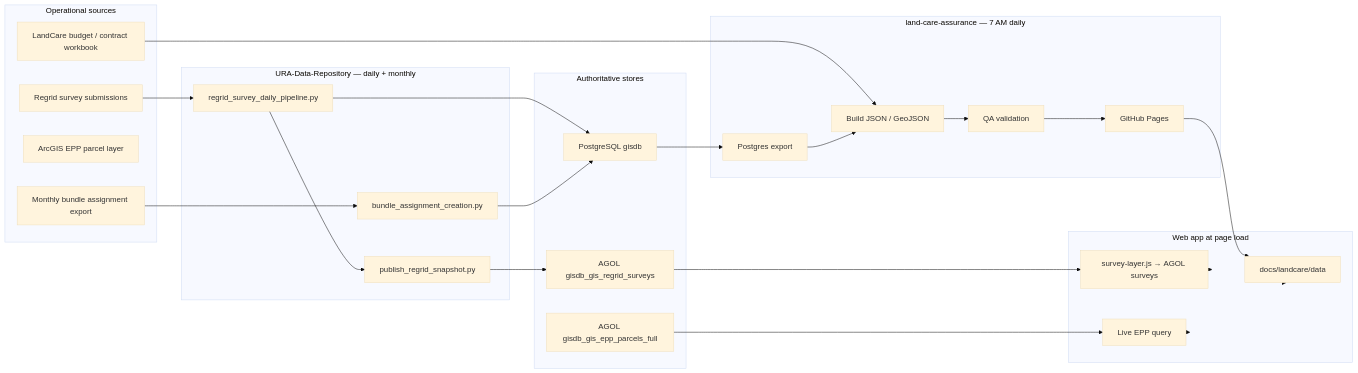
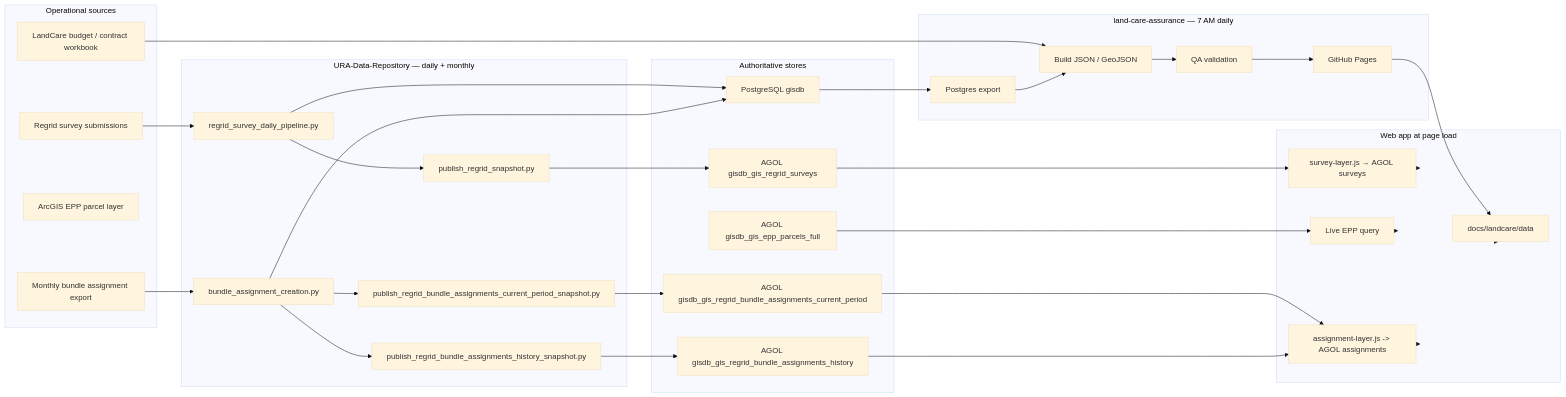
Before and after one commit to rutomo-ura/land-care-assurance: the first of 4 diagrams in docs/landcare-data-engineering-flow.md, drawn with Mermaid (base theme). The commit also changed other lines of this file and 12 other files, not shown here.

Commit message:
Use live ArcGIS assignment and survey coverage

````diff
--- a/docs/landcare-data-engineering-flow.md
+++ b/docs/landcare-data-engineering-flow.md
@@ -7,50 +7,62 @@
 ```mermaid
 flowchart LR
     subgraph Sources["Operational sources"]
         Regrid["Regrid survey submissions"]
         BundleExport["Monthly bundle assignment export"]
         EPP["ArcGIS EPP parcel layer"]
         Budget["LandCare budget / contract workbook"]
     end
 
     subgraph Upstream["URA-Data-Repository — daily + monthly"]
         SurveyPipe["regrid_survey_daily_pipeline.py"]
         BundlePipe["bundle_assignment_creation.py"]
         AgolPub["publish_regrid_snapshot.py"]
+        AssignCurrentPub["publish_regrid_bundle_assignments_current_period_snapshot.py"]
+        AssignHistoryPub["publish_regrid_bundle_assignments_history_snapshot.py"]
     end
 
     subgraph Store["Authoritative stores"]
         PG["PostgreSQL gisdb"]
         AGOLSurvey["AGOL gisdb_gis_regrid_surveys"]
+        AGOLAssignCurrent["AGOL gisdb_gis_regrid_bundle_assignments_current_period"]
+        AGOLAssignHistory["AGOL gisdb_gis_regrid_bundle_assignments_history"]
         AGOLEpp["AGOL gisdb_gis_epp_parcels_full"]
     end
 
     subgraph Publish["land-care-assurance — 7 AM daily"]
         Export["Postgres export"]
         Build["Build JSON / GeoJSON"]
         Validate["QA validation"]
         GitHub["GitHub Pages"]
     end
 
     subgraph Runtime["Web app at page load"]
         SurveyLive["survey-layer.js → AGOL surveys"]
+        AssignLive["assignment-layer.js -> AGOL assignments"]
         EppLive["Live EPP query"]
         StaticJSON["docs/landcare/data"]
     end
 
     Regrid --> SurveyPipe
     BundleExport --> BundlePipe
     SurveyPipe --> PG
     SurveyPipe --> AgolPub
     AgolPub --> AGOLSurvey
     BundlePipe --> PG
+    BundlePipe --> AssignCurrentPub
+    BundlePipe --> AssignHistoryPub
+    AssignCurrentPub --> AGOLAssignCurrent
+    AssignHistoryPub --> AGOLAssignHistory
     Budget --> Build
 
     PG --> Export --> Build --> Validate --> GitHub
     GitHub --> StaticJSON
     AGOLSurvey --> SurveyLive
+    AGOLAssignCurrent --> AssignLive
+    AGOLAssignHistory --> AssignLive
     AGOLEpp --> EppLive
     StaticJSON --> Runtime
     SurveyLive --> Runtime
     EppLive --> Runtime
+    AssignLive --> Runtime
 ```
````
